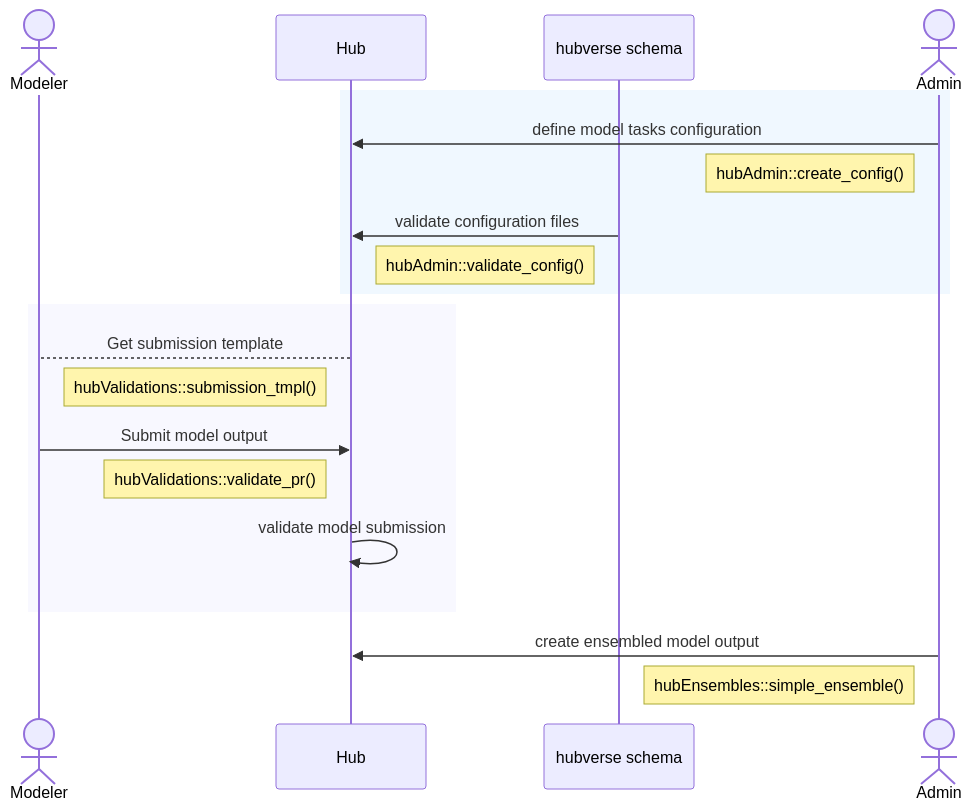
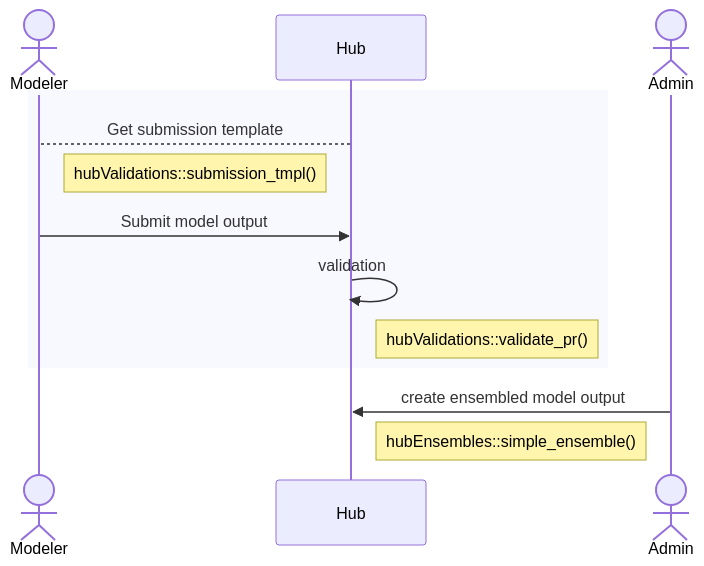
One commit to hubverse-org/hubverse-site changed the diagram in index.qmd. Above: the diagram before and after it, drawn with Mermaid. The commit also changed 1 other file, not shown here.

Commit message:
update data standard stuff

````diff
--- a/index.qmd
+++ b/index.qmd
@@ -57,23 +57,15 @@
 ```{mermaid}
 sequenceDiagram
   actor Modeler
   participant Hub
-  participant hubverse schema
   actor Admin
-  rect aliceblue
-      Admin->>Hub: define model tasks configuration
-      note left of Admin: hubAdmin::create_config()
-      hubverse schema->>Hub: validate configuration files
-      note right of Hub: hubAdmin::validate_config()
-  end
   rect ghostwhite
     Hub-->Modeler: Get submission template
     note right of Modeler: hubValidations::submission_tmpl()
     Modeler->>Hub: Submit model output
-    note left of Hub: hubValidations::validate_pr()
-    Hub->>Hub: validate model submission
+    Hub->>Hub: validation
+    note right of Hub: hubValidations::validate_pr()
   end
   Admin->>Hub: create ensembled model output
   note left of Admin: hubEnsembles::simple_ensemble()
-
 ```
````
